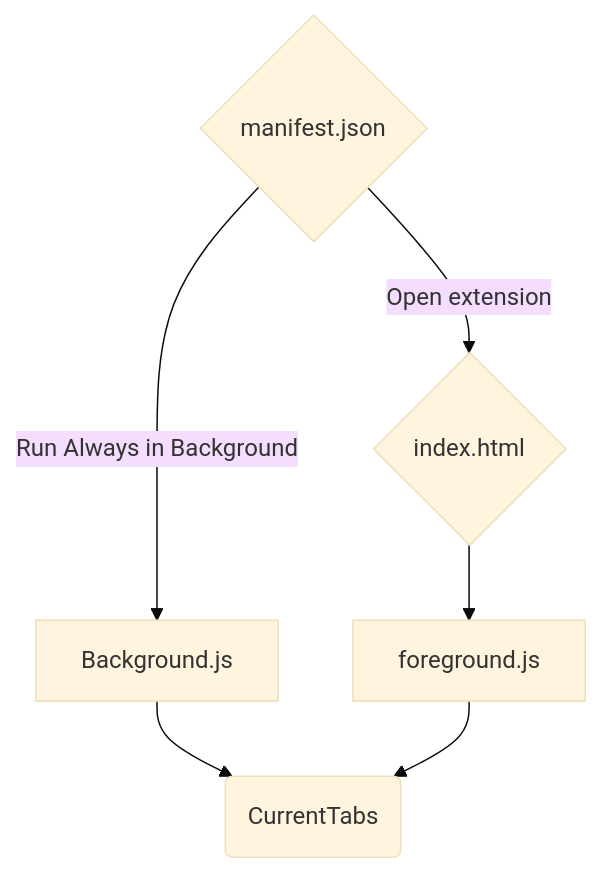
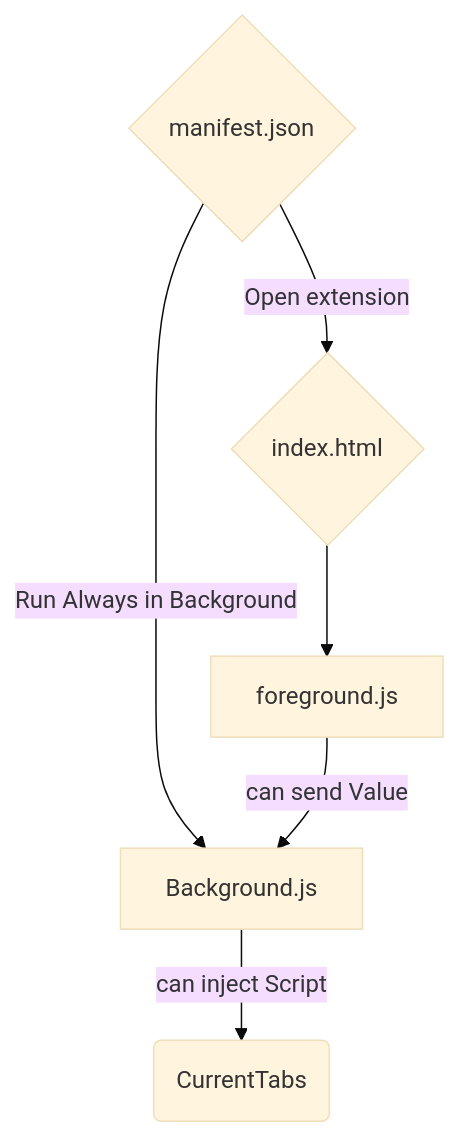
Before and after one commit to yoschigamer/youtubeRework: the first of 2 diagrams in README.md, drawn with Mermaid (base theme).

````diff
--- a/README.md
+++ b/README.md
@@ -3,12 +3,12 @@
 ```mermaid
 graph 
 A{manifest.json}
 B[Background.js]
 D(CurrentTabs)
 
 B_isOpen{index.html}
 C_isOpen[foreground.js]
 
-A -- Run Always in Background --> B --> D
-A -- Open extension --> B_isOpen --> C_isOpen --> D
+A -- Run Always in Background --> B -- can inject Script --> D
+A -- Open extension --> B_isOpen --> C_isOpen -- can send Value --> B
 ```
````
